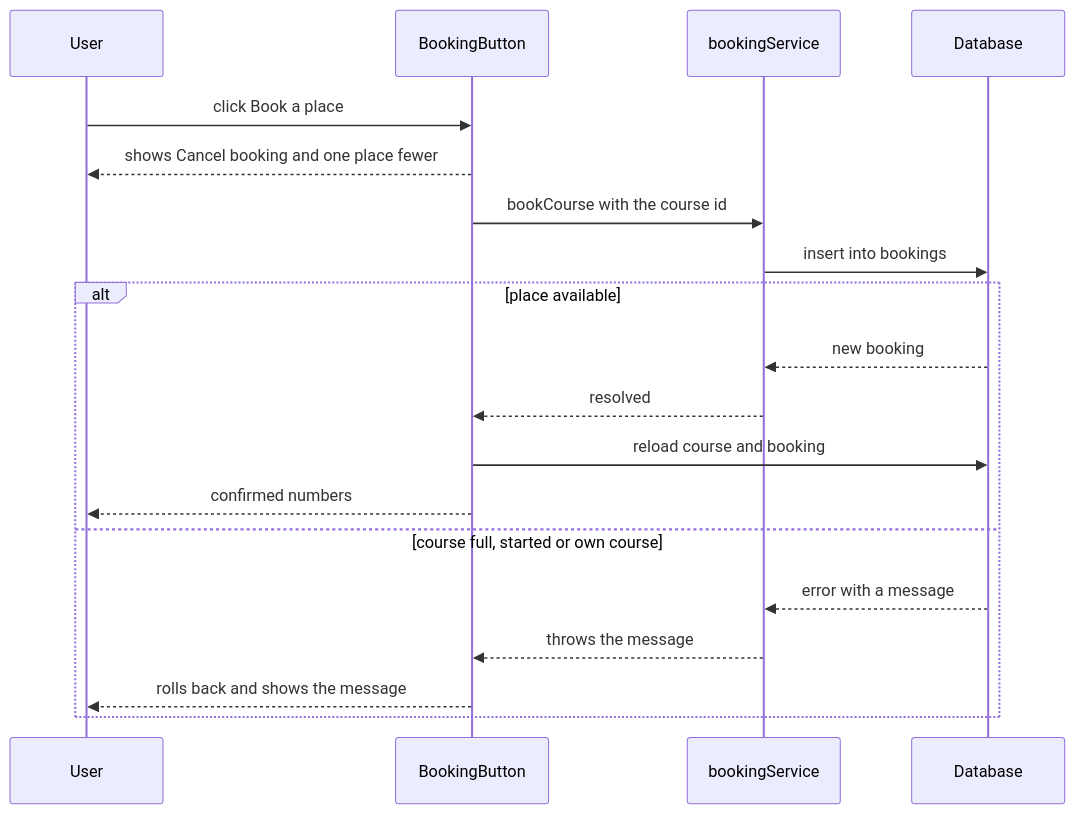
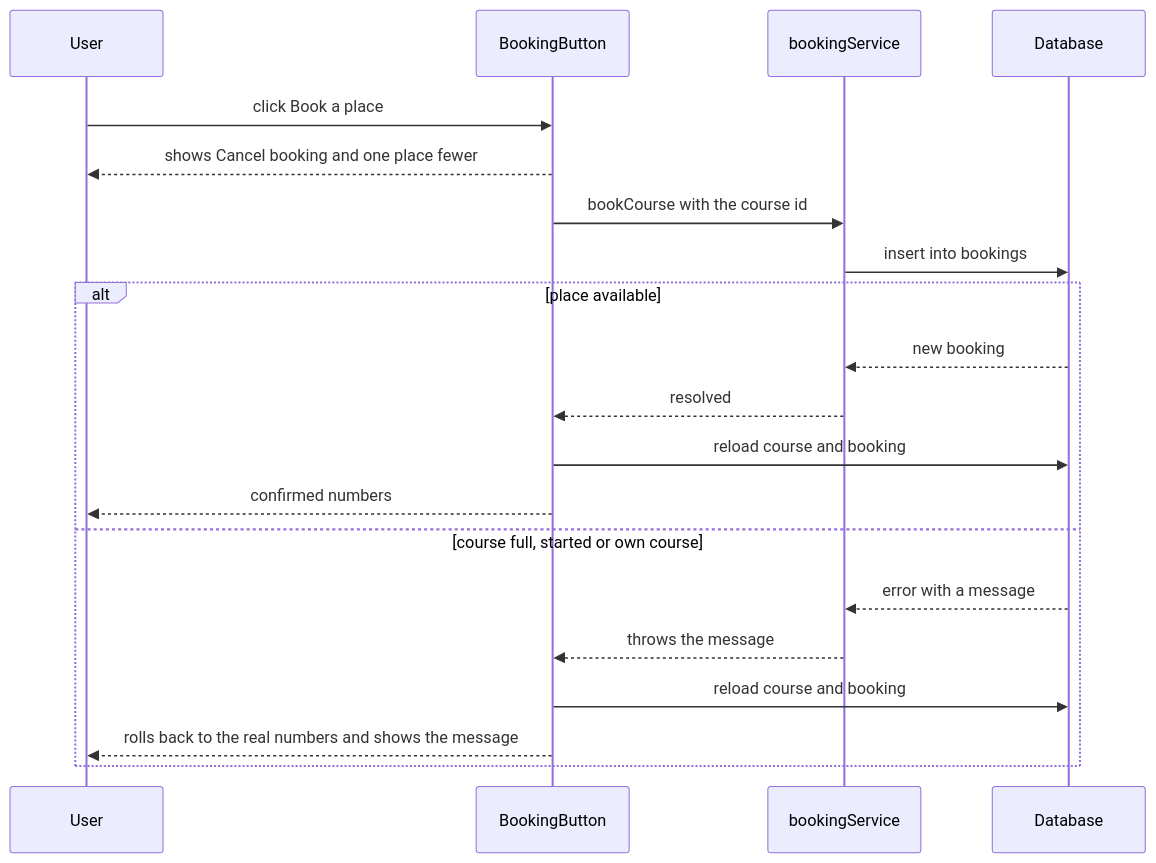
One commit to TheGhost501/rescue_ready_react_project changed the sixth of 6 diagrams in architecture.md. Above: the diagram before and after it, drawn with Mermaid. The commit also changed other lines of this file and 2 other files, not shown here.

Commit message:
Updated architecture and readme file to match final state

````diff
--- a/architecture.md
+++ b/architecture.md
@@ -295,22 +300,23 @@
 ```mermaid
 sequenceDiagram
   participant U as User
   participant K as BookingButton
   participant V as bookingService
   participant D as Database
 
   U->>K: click Book a place
   K-->>U: shows Cancel booking and one place fewer
   K->>V: bookCourse with the course id
   V->>D: insert into bookings
   alt place available
     D-->>V: new booking
     V-->>K: resolved
     K->>D: reload course and booking
     K-->>U: confirmed numbers
   else course full, started or own course
     D-->>V: error with a message
     V-->>K: throws the message
-    K-->>U: rolls back and shows the message
+    K->>D: reload course and booking
+    K-->>U: rolls back to the real numbers and shows the message
   end
 ```
````
